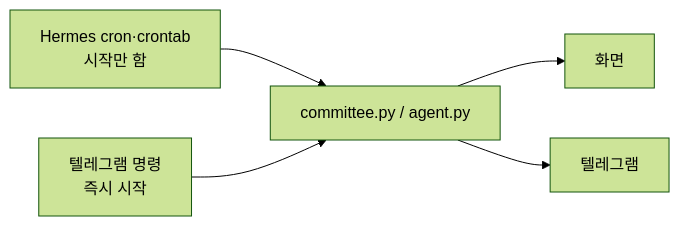
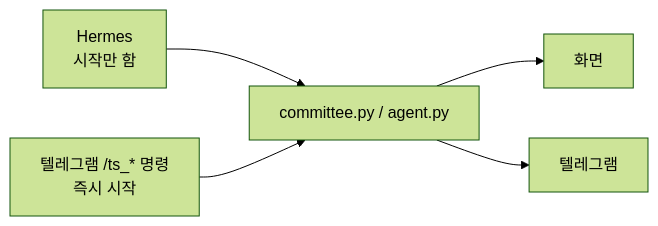
The fourth of 4 diagrams in lessons/참고/아키텍처.md (JungHoonGhae/thecamp-aitrading), drawn with Mermaid (forest theme) before and after one commit. The commit also changed other lines of this file and 88 other files, not shown here.

````diff
--- a/lessons/참고/아키텍처.md
+++ b/lessons/참고/아키텍처.md
@@ -98,7 +100,7 @@
 ```mermaid
 flowchart LR
-    Schedule["Hermes cron·crontab<br/>시작만 함"] --> Agent["committee.py / agent.py"]
-    Chat["텔레그램 명령<br/>즉시 시작"] --> Agent
+    Schedule["Hermes<br/>시작만 함"] --> Agent["committee.py / agent.py"]
+    Chat["텔레그램 /ts_* 명령<br/>즉시 시작"] --> Agent
     Agent --> Screen["화면"]
     Agent --> Telegram["텔레그램"]
 ```
````
